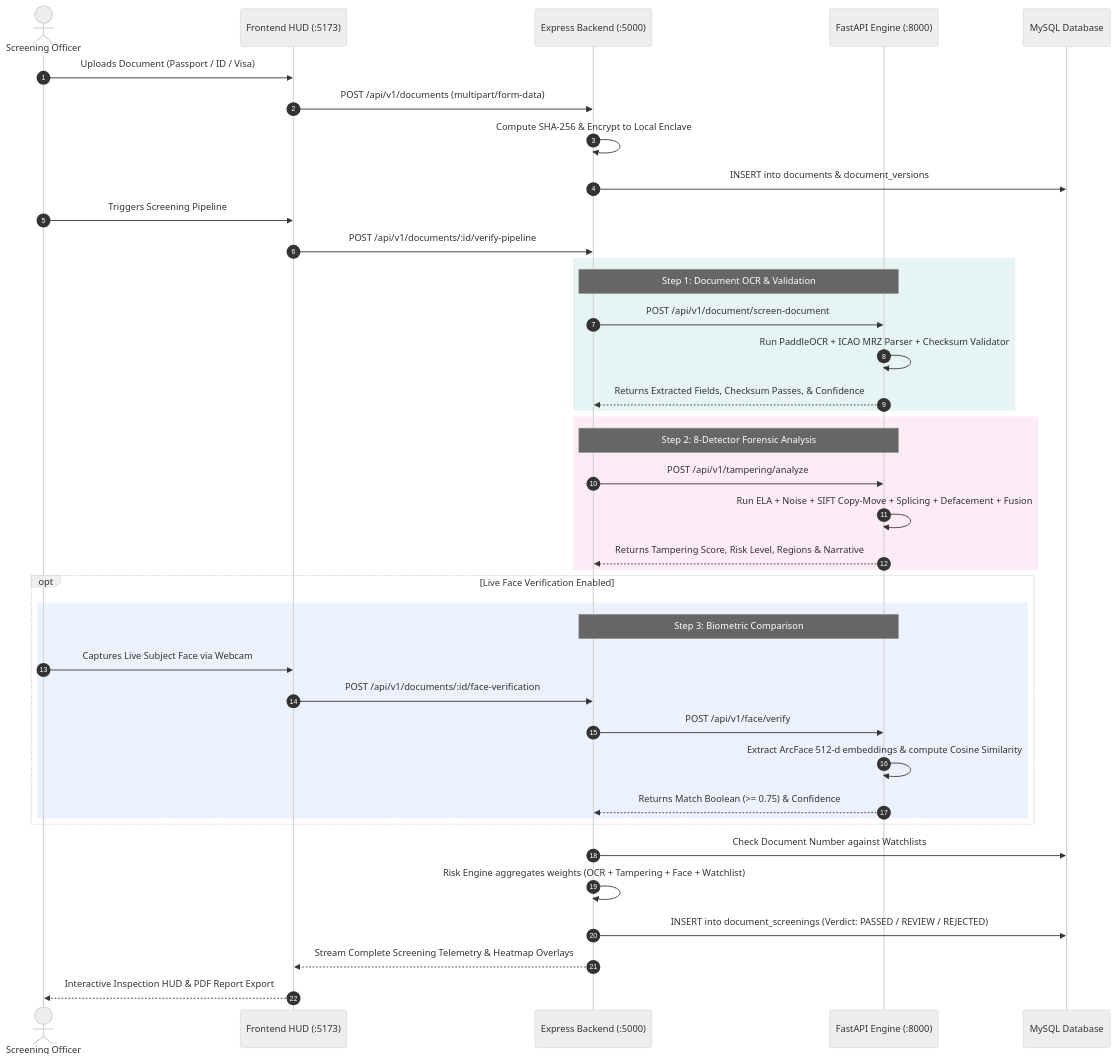
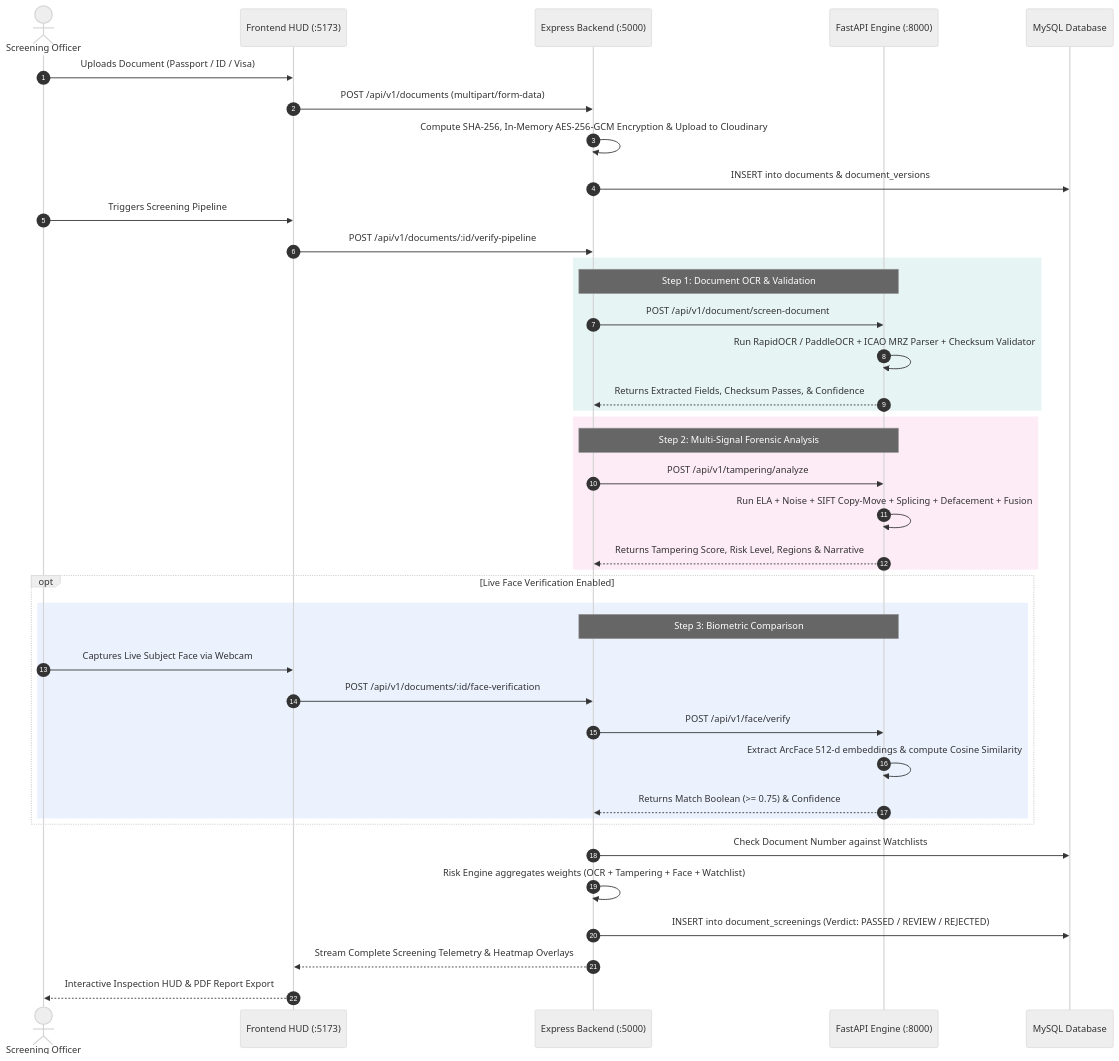
One commit to DhruvilTech/DocShield-AI changed the second of 3 diagrams in README.md. Above: the diagram before and after it, drawn with Mermaid (neutral theme). The commit also changed other lines of this file and 2 other files, not shown here.

Commit message:
docs: update architecture for Cloudinary encryption, remove RBAC, and secure config

````diff
--- a/README.md
+++ b/README.md
@@ -279,48 +300,48 @@
 ```mermaid
 sequenceDiagram
     autonumber
     actor Officer as Screening Officer
     participant FE as Frontend HUD (:5173)
     participant BE as Express Backend (:5000)
     participant AI as FastAPI Engine (:8000)
     participant DB as MySQL Database
 
     Officer->>FE: Uploads Document (Passport / ID / Visa)
     FE->>BE: POST /api/v1/documents (multipart/form-data)
-    BE->>BE: Compute SHA-256 & Encrypt to Local Enclave
+    BE->>BE: Compute SHA-256, In-Memory AES-256-GCM Encryption & Upload to Cloudinary
     BE->>DB: INSERT into documents & document_versions
     
     Officer->>FE: Triggers Screening Pipeline
     FE->>BE: POST /api/v1/documents/:id/verify-pipeline
     
     rect rgb(13, 148, 136, 0.1)
     Note over BE,AI: Step 1: Document OCR & Validation
     BE->>AI: POST /api/v1/document/screen-document
-    AI->>AI: Run PaddleOCR + ICAO MRZ Parser + Checksum Validator
+    AI->>AI: Run RapidOCR / PaddleOCR + ICAO MRZ Parser + Checksum Validator
     AI-->>BE: Returns Extracted Fields, Checksum Passes, & Confidence
     end
 
     rect rgb(236, 72, 153, 0.1)
-    Note over BE,AI: Step 2: 8-Detector Forensic Analysis
+    Note over BE,AI: Step 2: Multi-Signal Forensic Analysis
     BE->>AI: POST /api/v1/tampering/analyze
     AI->>AI: Run ELA + Noise + SIFT Copy-Move + Splicing + Defacement + Fusion
     AI-->>BE: Returns Tampering Score, Risk Level, Regions & Narrative
     end
 
     opt Live Face Verification Enabled
     rect rgb(59, 130, 246, 0.1)
     Note over BE,AI: Step 3: Biometric Comparison
     Officer->>FE: Captures Live Subject Face via Webcam
     FE->>BE: POST /api/v1/documents/:id/face-verification
     BE->>AI: POST /api/v1/face/verify
     AI->>AI: Extract ArcFace 512-d embeddings & compute Cosine Similarity
     AI-->>BE: Returns Match Boolean (>= 0.75) & Confidence
     end
     end
 
     BE->>DB: Check Document Number against Watchlists
     BE->>BE: Risk Engine aggregates weights (OCR + Tampering + Face + Watchlist)
     BE->>DB: INSERT into document_screenings (Verdict: PASSED / REVIEW / REJECTED)
     BE-->>FE: Stream Complete Screening Telemetry & Heatmap Overlays
     FE-->>Officer: Interactive Inspection HUD & PDF Report Export
 ```
````
